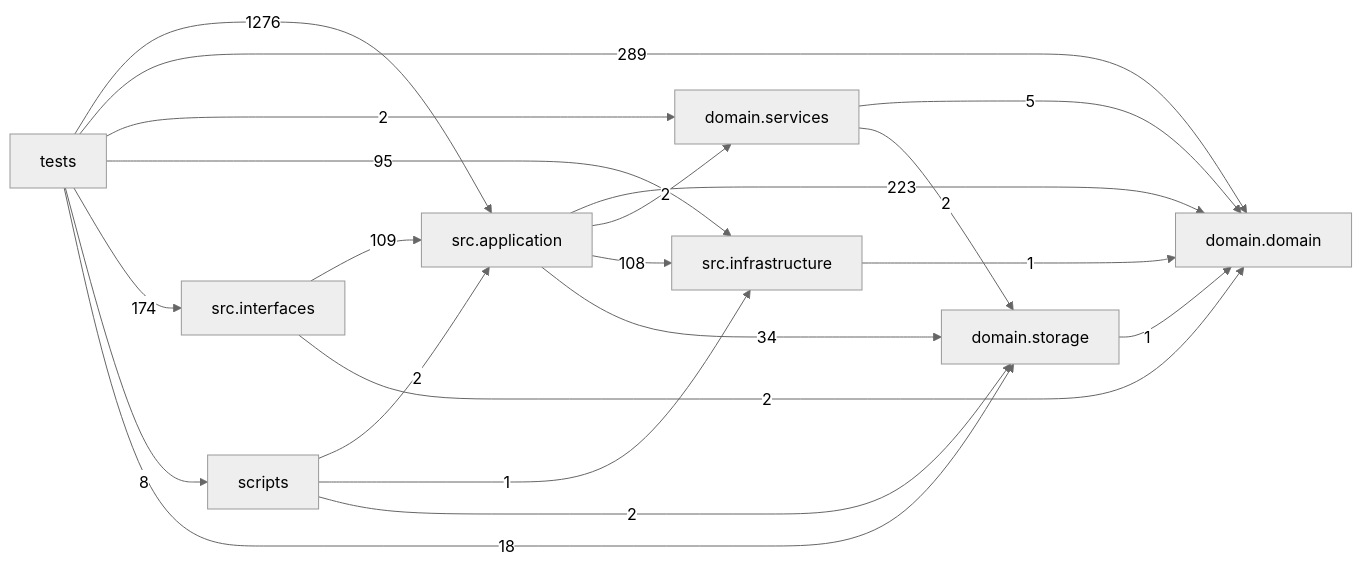
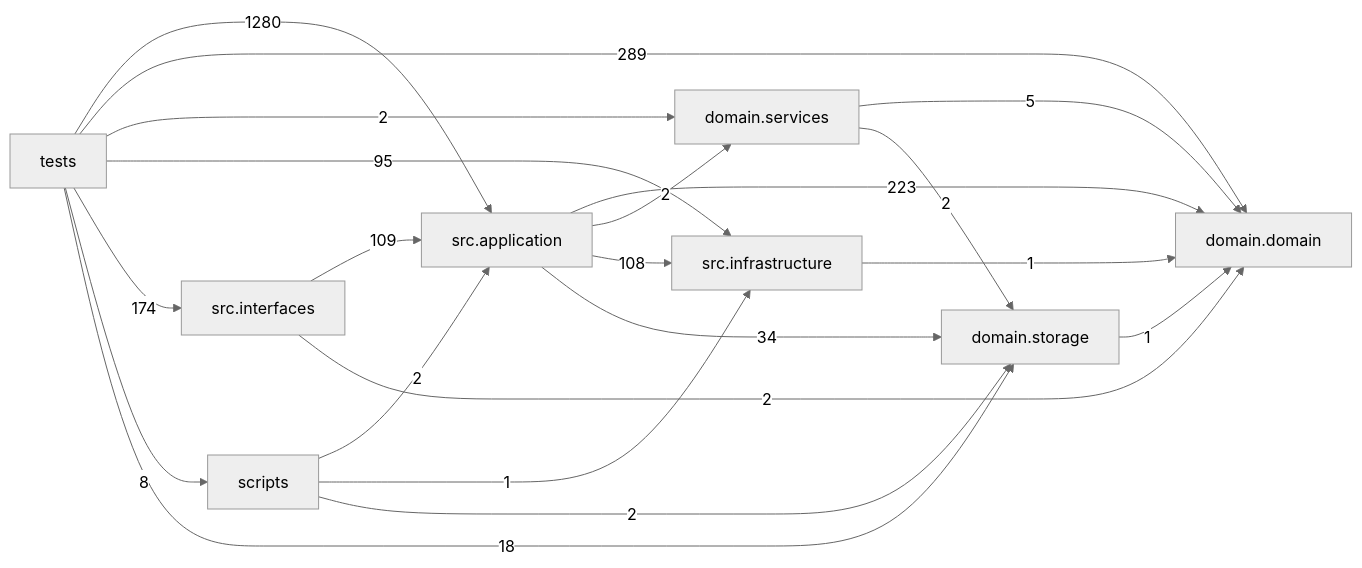
Before and after one commit to liuxie066/options-monitor: the diagram in docs/DEPENDENCY_GRAPH.md, drawn with Mermaid (neutral theme). The commit also changed other lines of this file and 14 other files, not shown here.

````diff
--- a/docs/DEPENDENCY_GRAPH.md
+++ b/docs/DEPENDENCY_GRAPH.md
@@ -24,31 +24,31 @@
 ```mermaid
 flowchart LR
   tests["tests"]
   scripts["scripts"]
   interfaces["src.interfaces"]
   application["src.application"]
   infrastructure["src.infrastructure"]
   domain_services["domain.services"]
   domain["domain.domain"]
   storage["domain.storage"]
   application -->|223| domain
   application -->|2| domain_services
   application -->|108| infrastructure
   application -->|34| storage
   domain_services -->|5| domain
   domain_services -->|2| storage
   infrastructure -->|1| domain
   interfaces -->|109| application
   interfaces -->|2| domain
   scripts -->|2| application
   scripts -->|1| infrastructure
   scripts -->|2| storage
   storage -->|1| domain
-  tests -->|1276| application
+  tests -->|1280| application
   tests -->|289| domain
   tests -->|2| domain_services
   tests -->|95| infrastructure
   tests -->|174| interfaces
   tests -->|8| scripts
   tests -->|18| storage
 ```
````
